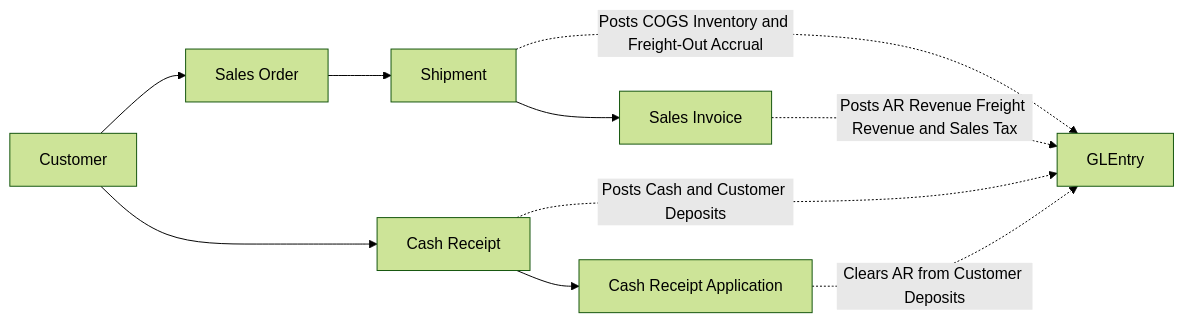
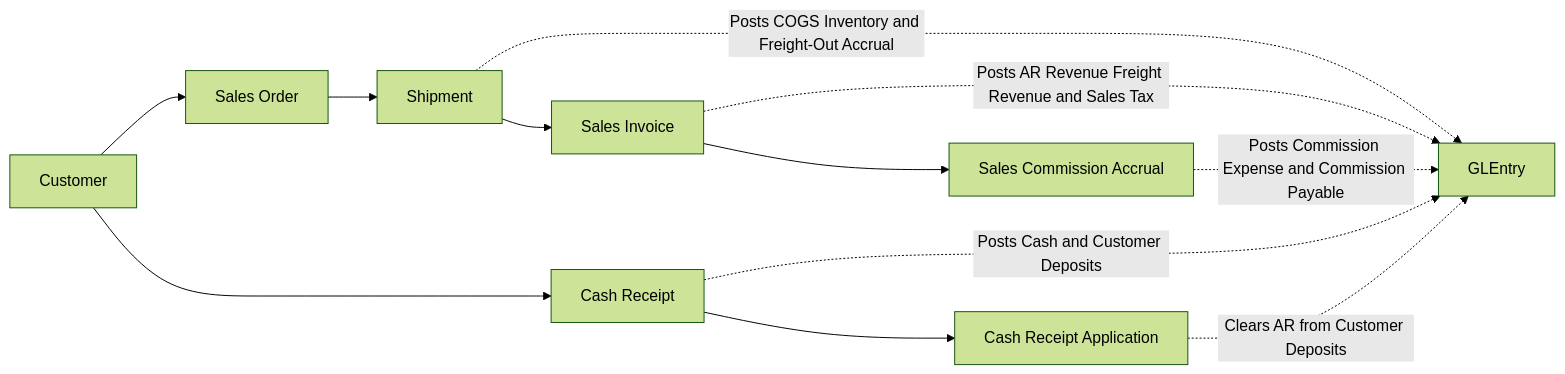
The first of 9 diagrams in docs/processes/o2c.md (mmcodesso/greenfield_database), drawn with Mermaid (forest theme) before and after one commit. The commit also changed other lines of this file and 40 other files, not shown here.

Commit message:
Add sales commission routine to O2C

````diff
--- a/docs/processes/o2c.md
+++ b/docs/processes/o2c.md
@@ -26,17 +26,20 @@
 ```mermaid
 flowchart LR
     C[Customer]
     SO[Sales Order]
     SH[Shipment]
     SI[Sales Invoice]
+    SC[Sales Commission Accrual]
     CR[Cash Receipt]
     CRA[Cash Receipt Application]
     GL[GLEntry]
 
     C --> SO --> SH --> SI
+    SI --> SC
     C --> CR --> CRA
     SH -. Posts COGS Inventory and Freight-Out Accrual .-> GL
     SI -. Posts AR Revenue Freight Revenue and Sales Tax .-> GL
+    SC -. Posts Commission Expense and Commission Payable .-> GL
     CR -. Posts Cash and Customer Deposits .-> GL
     CRA -. Clears AR from Customer Deposits .-> GL
 ```
````
